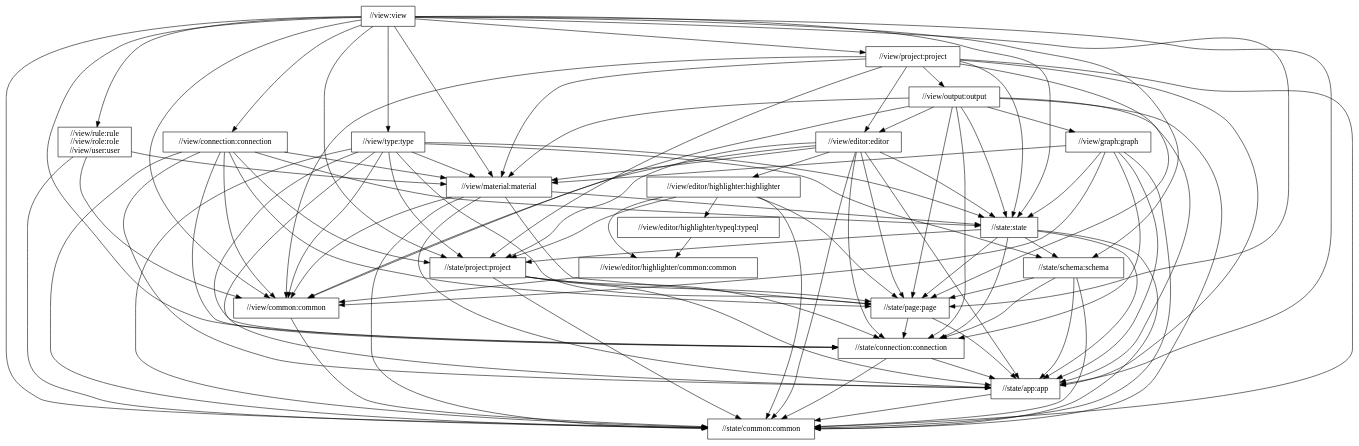
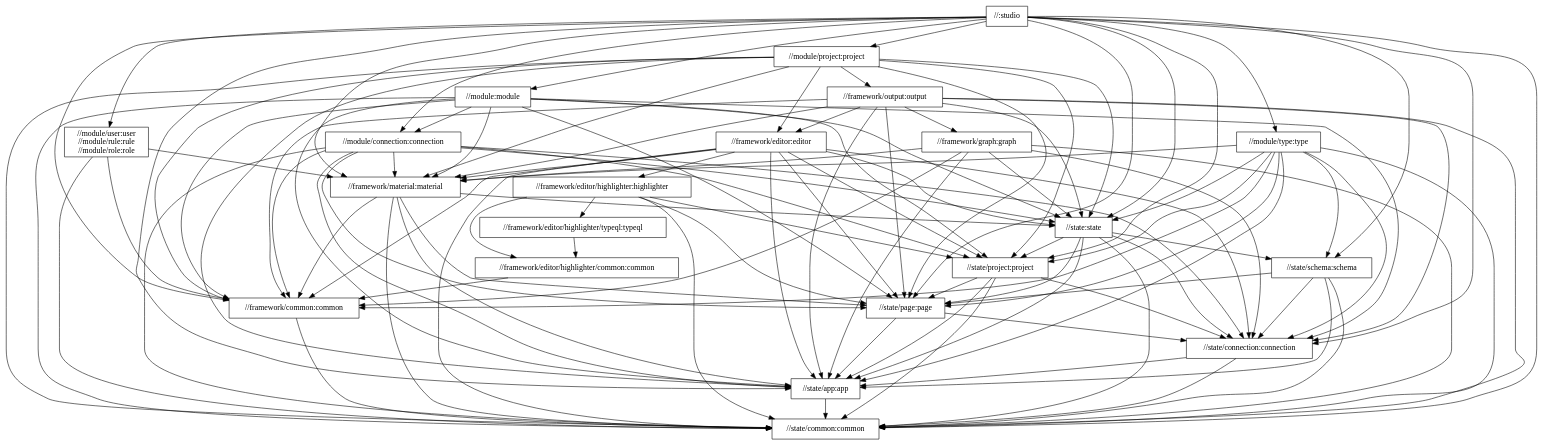
Before and after one commit to typedb/typedb-studio: the diagram in docs/global-package-structure.dot, drawn with Graphviz. The commit also changed 12 other files, not shown here.

```diff
--- a/docs/global-package-structure.dot
+++ b/docs/global-package-structure.dot
@@ -1,121 +1,132 @@
 digraph mygraph {
   node [shape=box];
-  "//view:view"
-  "//view:view" -> "//view/rule:rule\n//view/role:role\n//view/user:user"
-  "//view:view" -> "//state:state"
-  "//view:view" -> "//state/app:app"
-  "//view:view" -> "//state/common:common"
-  "//view:view" -> "//state/connection:connection"
-  "//view:view" -> "//state/page:page"
-  "//view:view" -> "//state/project:project"
-  "//view:view" -> "//state/schema:schema"
-  "//view:view" -> "//view/common:common"
-  "//view:view" -> "//view/connection:connection"
-  "//view:view" -> "//view/material:material"
-  "//view:view" -> "//view/project:project"
-  "//view:view" -> "//view/type:type"
-  "//view/type:type"
-  "//view/type:type" -> "//state:state"
-  "//view/type:type" -> "//state/app:app"
-  "//view/type:type" -> "//state/common:common"
-  "//view/type:type" -> "//state/connection:connection"
-  "//view/type:type" -> "//state/page:page"
-  "//view/type:type" -> "//state/project:project"
-  "//view/type:type" -> "//state/schema:schema"
-  "//view/type:type" -> "//view/common:common"
-  "//view/type:type" -> "//view/material:material"
-  "//view/project:project"
-  "//view/project:project" -> "//state:state"
-  "//view/project:project" -> "//state/app:app"
-  "//view/project:project" -> "//state/common:common"
-  "//view/project:project" -> "//state/page:page"
-  "//view/project:project" -> "//state/project:project"
-  "//view/project:project" -> "//view/common:common"
-  "//view/project:project" -> "//view/editor:editor"
-  "//view/project:project" -> "//view/material:material"
-  "//view/project:project" -> "//view/output:output"
-  "//view/output:output"
-  "//view/output:output" -> "//state:state"
-  "//view/output:output" -> "//state/app:app"
-  "//view/output:output" -> "//state/common:common"
-  "//view/output:output" -> "//state/connection:connection"
-  "//view/output:output" -> "//state/page:page"
-  "//view/output:output" -> "//view/common:common"
-  "//view/output:output" -> "//view/editor:editor"
-  "//view/output:output" -> "//view/graph:graph"
-  "//view/output:output" -> "//view/material:material"
-  "//view/graph:graph"
-  "//view/graph:graph" -> "//state:state"
-  "//view/graph:graph" -> "//state/app:app"
-  "//view/graph:graph" -> "//state/common:common"
-  "//view/graph:graph" -> "//state/connection:connection"
-  "//view/graph:graph" -> "//view/common:common"
-  "//view/graph:graph" -> "//view/material:material"
-  "//view/editor:editor"
-  "//view/editor:editor" -> "//state:state"
-  "//view/editor:editor" -> "//state/app:app"
-  "//view/editor:editor" -> "//state/common:common"
-  "//view/editor:editor" -> "//state/connection:connection"
-  "//view/editor:editor" -> "//state/page:page"
-  "//view/editor:editor" -> "//state/project:project"
-  "//view/editor:editor" -> "//view/common:common"
-  "//view/editor:editor" -> "//view/editor/highlighter:highlighter"
-  "//view/editor:editor" -> "//view/material:material"
-  "//view/editor/highlighter:highlighter"
-  "//view/editor/highlighter:highlighter" -> "//state/common:common"
-  "//view/editor/highlighter:highlighter" -> "//state/page:page"
-  "//view/editor/highlighter:highlighter" -> "//state/project:project"
-  "//view/editor/highlighter:highlighter" -> "//view/editor/highlighter/common:common"
-  "//view/editor/highlighter:highlighter" -> "//view/editor/highlighter/typeql:typeql"
-  "//view/editor/highlighter/typeql:typeql"
-  "//view/editor/highlighter/typeql:typeql" -> "//view/editor/highlighter/common:common"
-  "//view/connection:connection"
-  "//view/connection:connection" -> "//state:state"
-  "//view/connection:connection" -> "//state/app:app"
-  "//view/connection:connection" -> "//state/common:common"
-  "//view/connection:connection" -> "//state/connection:connection"
-  "//view/connection:connection" -> "//state/page:page"
-  "//view/connection:connection" -> "//state/project:project"
-  "//view/connection:connection" -> "//view/common:common"
-  "//view/connection:connection" -> "//view/material:material"
-  "//view/rule:rule\n//view/role:role\n//view/user:user"
-  "//view/rule:rule\n//view/role:role\n//view/user:user" -> "//state/common:common"
-  "//view/rule:rule\n//view/role:role\n//view/user:user" -> "//view/common:common"
-  "//view/rule:rule\n//view/role:role\n//view/user:user" -> "//view/material:material"
-  "//view/material:material"
-  "//view/material:material" -> "//state:state"
-  "//view/material:material" -> "//state/app:app"
-  "//view/material:material" -> "//state/common:common"
-  "//view/material:material" -> "//state/page:page"
-  "//view/material:material" -> "//view/common:common"
-  "//view/editor/highlighter/common:common"
-  "//view/editor/highlighter/common:common" -> "//view/common:common"
-  "//view/common:common"
-  "//view/common:common" -> "//state/common:common"
+  "//:studio"
+  "//:studio" -> "//framework/common:common"
+  "//:studio" -> "//framework/material:material"
+  "//:studio" -> "//module:module"
+  "//:studio" -> "//module/connection:connection"
+  "//:studio" -> "//module/project:project"
+  "//:studio" -> "//module/user:user\n//module/rule:rule\n//module/role:role"
+  "//:studio" -> "//module/type:type"
+  "//:studio" -> "//state/schema:schema"
+  "//:studio" -> "//state:state"
+  "//:studio" -> "//state/app:app"
+  "//:studio" -> "//state/common:common"
+  "//:studio" -> "//state/connection:connection"
+  "//:studio" -> "//state/page:page"
+  "//:studio" -> "//state/project:project"
+  "//module/type:type"
+  "//module/type:type" -> "//framework/common:common"
+  "//module/type:type" -> "//framework/material:material"
+  "//module/type:type" -> "//state:state"
+  "//module/type:type" -> "//state/app:app"
+  "//module/type:type" -> "//state/common:common"
+  "//module/type:type" -> "//state/connection:connection"
+  "//module/type:type" -> "//state/page:page"
+  "//module/type:type" -> "//state/project:project"
+  "//module/type:type" -> "//state/schema:schema"
+  "//module:module"
+  "//module:module" -> "//framework/common:common"
+  "//module:module" -> "//framework/material:material"
+  "//module:module" -> "//module/connection:connection"
+  "//module:module" -> "//state:state"
+  "//module:module" -> "//state/app:app"
+  "//module:module" -> "//state/common:common"
+  "//module:module" -> "//state/connection:connection"
+  "//module:module" -> "//state/page:page"
+  "//module:module" -> "//state/project:project"
+  "//module/connection:connection"
+  "//module/connection:connection" -> "//framework/common:common"
+  "//module/connection:connection" -> "//framework/material:material"
+  "//module/connection:connection" -> "//state:state"
+  "//module/connection:connection" -> "//state/app:app"
+  "//module/connection:connection" -> "//state/common:common"
+  "//module/connection:connection" -> "//state/connection:connection"
+  "//module/connection:connection" -> "//state/page:page"
+  "//module/connection:connection" -> "//state/project:project"
+  "//module/project:project"
+  "//module/project:project" -> "//framework/common:common"
+  "//module/project:project" -> "//framework/editor:editor"
+  "//module/project:project" -> "//framework/material:material"
+  "//module/project:project" -> "//framework/output:output"
+  "//module/project:project" -> "//state:state"
+  "//module/project:project" -> "//state/app:app"
+  "//module/project:project" -> "//state/common:common"
+  "//module/project:project" -> "//state/page:page"
+  "//module/project:project" -> "//state/project:project"
+  "//framework/output:output"
+  "//framework/output:output" -> "//framework/common:common"
+  "//framework/output:output" -> "//framework/editor:editor"
+  "//framework/output:output" -> "//framework/graph:graph"
+  "//framework/output:output" -> "//framework/material:material"
+  "//framework/output:output" -> "//state:state"
+  "//framework/output:output" -> "//state/app:app"
+  "//framework/output:output" -> "//state/common:common"
+  "//framework/output:output" -> "//state/connection:connection"
+  "//framework/output:output" -> "//state/page:page"
+  "//framework/graph:graph"
+  "//framework/graph:graph" -> "//framework/common:common"
+  "//framework/graph:graph" -> "//framework/material:material"
+  "//framework/graph:graph" -> "//state:state"
+  "//framework/graph:graph" -> "//state/app:app"
+  "//framework/graph:graph" -> "//state/common:common"
+  "//framework/graph:graph" -> "//state/connection:connection"
+  "//framework/editor:editor"
+  "//framework/editor:editor" -> "//framework/common:common"
+  "//framework/editor:editor" -> "//framework/editor/highlighter:highlighter"
+  "//framework/editor:editor" -> "//framework/material:material"
+  "//framework/editor:editor" -> "//state:state"
+  "//framework/editor:editor" -> "//state/app:app"
+  "//framework/editor:editor" -> "//state/common:common"
+  "//framework/editor:editor" -> "//state/connection:connection"
+  "//framework/editor:editor" -> "//state/page:page"
+  "//framework/editor:editor" -> "//state/project:project"
+  "//framework/editor/highlighter:highlighter"
+  "//framework/editor/highlighter:highlighter" -> "//framework/editor/highlighter/common:common"
+  "//framework/editor/highlighter:highlighter" -> "//framework/editor/highlighter/typeql:typeql"
+  "//framework/editor/highlighter:highlighter" -> "//state/common:common"
+  "//framework/editor/highlighter:highlighter" -> "//state/page:page"
+  "//framework/editor/highlighter:highlighter" -> "//state/project:project"
+  "//framework/editor/highlighter/typeql:typeql"
+  "//framework/editor/highlighter/typeql:typeql" -> "//framework/editor/highlighter/common:common"
+  "//framework/editor/highlighter/common:common"
+  "//framework/editor/highlighter/common:common" -> "//framework/common:common"
+  "//module/user:user\n//module/rule:rule\n//module/role:role"
+  "//module/user:user\n//module/rule:rule\n//module/role:role" -> "//framework/common:common"
+  "//module/user:user\n//module/rule:rule\n//module/role:role" -> "//framework/material:material"
+  "//module/user:user\n//module/rule:rule\n//module/role:role" -> "//state/common:common"
+  "//framework/material:material"
+  "//framework/material:material" -> "//framework/common:common"
+  "//framework/material:material" -> "//state:state"
+  "//framework/material:material" -> "//state/app:app"
+  "//framework/material:material" -> "//state/common:common"
+  "//framework/material:material" -> "//state/page:page"
   "//state:state"
   "//state:state" -> "//state/app:app"
   "//state:state" -> "//state/common:common"
   "//state:state" -> "//state/connection:connection"
   "//state:state" -> "//state/page:page"
   "//state:state" -> "//state/project:project"
   "//state:state" -> "//state/schema:schema"
   "//state/schema:schema"
   "//state/schema:schema" -> "//state/app:app"
   "//state/schema:schema" -> "//state/common:common"
   "//state/schema:schema" -> "//state/connection:connection"
   "//state/schema:schema" -> "//state/page:page"
   "//state/project:project"
   "//state/project:project" -> "//state/app:app"
   "//state/project:project" -> "//state/common:common"
   "//state/project:project" -> "//state/connection:connection"
   "//state/project:project" -> "//state/page:page"
   "//state/page:page"
   "//state/page:page" -> "//state/app:app"
   "//state/page:page" -> "//state/connection:connection"
   "//state/connection:connection"
   "//state/connection:connection" -> "//state/app:app"
   "//state/connection:connection" -> "//state/common:common"
   "//state/app:app"
   "//state/app:app" -> "//state/common:common"
+  "//framework/common:common"
+  "//framework/common:common" -> "//state/common:common"
   "//state/common:common"
 }
```
